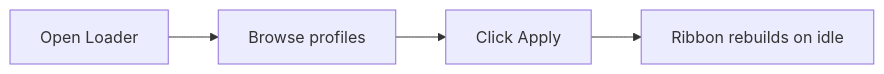
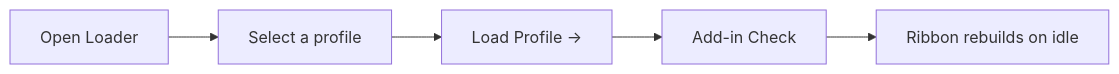
Before and after one commit to jedbjorn/rst-c: the diagram in docs/profile-loader.md, drawn with Mermaid. The commit also changed other lines of this file and 46 other files, not shown here.

````diff
--- a/docs/profile-loader.md
+++ b/docs/profile-loader.md
@@ -47,4 +84,4 @@
 ```mermaid
 graph LR
-  A["Open Loader"]:::class1 --> B["Browse profiles"]:::class2 --> C["Click Apply"]:::class1 --> D["Ribbon rebuilds on idle"]:::class3
+  A["Open Loader"]:::class1 --> B["Select a profile"]:::class2 --> C["Load Profile →"]:::class1 --> D["Add-in Check"]:::class2 --> E["Ribbon rebuilds on idle"]:::class3
 ```
````
